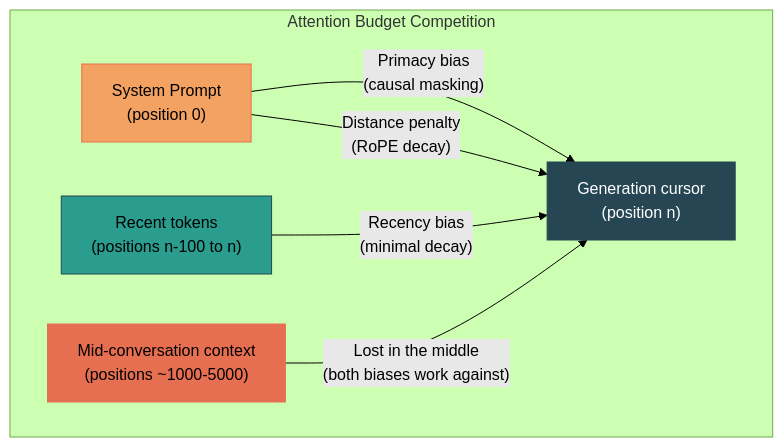
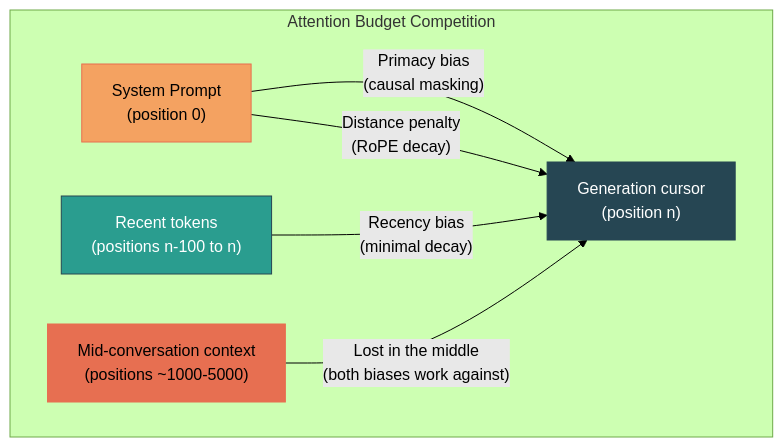
One commit to Cprime-Artificial-Intelligence/claude-code-config changed the first of 4 diagrams in docs/hooks-and-ways/context-decay-formal-foundations.md. Above: the diagram before and after it, drawn with Mermaid (forest theme). The commit also changed other lines of this file, not shown here.

Commit message:
fix(docs): add explicit text colors to Mermaid diagrams for dark/light mode contrast

````diff
--- a/docs/hooks-and-ways/context-decay-formal-foundations.md
+++ b/docs/hooks-and-ways/context-decay-formal-foundations.md
@@ -74,19 +74,19 @@
 ```mermaid
 graph TD
     subgraph "Attention Budget Competition"
         SP["System Prompt<br/>(position 0)"]
         MID["Mid-conversation context<br/>(positions ~1000-5000)"]
         REC["Recent tokens<br/>(positions n-100 to n)"]
         CURSOR["Generation cursor<br/>(position n)"]
     end
 
     SP -->|"Primacy bias<br/>(causal masking)"| CURSOR
     SP -->|"Distance penalty<br/>(RoPE decay)"| CURSOR
     REC -->|"Recency bias<br/>(minimal decay)"| CURSOR
     MID -->|"Lost in the middle<br/>(both biases work against)"| CURSOR
 
-    style SP fill:#f4a261,stroke:#e76f51
-    style MID fill:#e76f51,stroke:#e76f51
-    style REC fill:#2a9d8f,stroke:#264653
+    style SP fill:#f4a261,stroke:#e76f51,color:#000
+    style MID fill:#e76f51,stroke:#e76f51,color:#000
+    style REC fill:#2a9d8f,stroke:#264653,color:#fff
     style CURSOR fill:#264653,stroke:#264653,color:#fff
 ```
````
